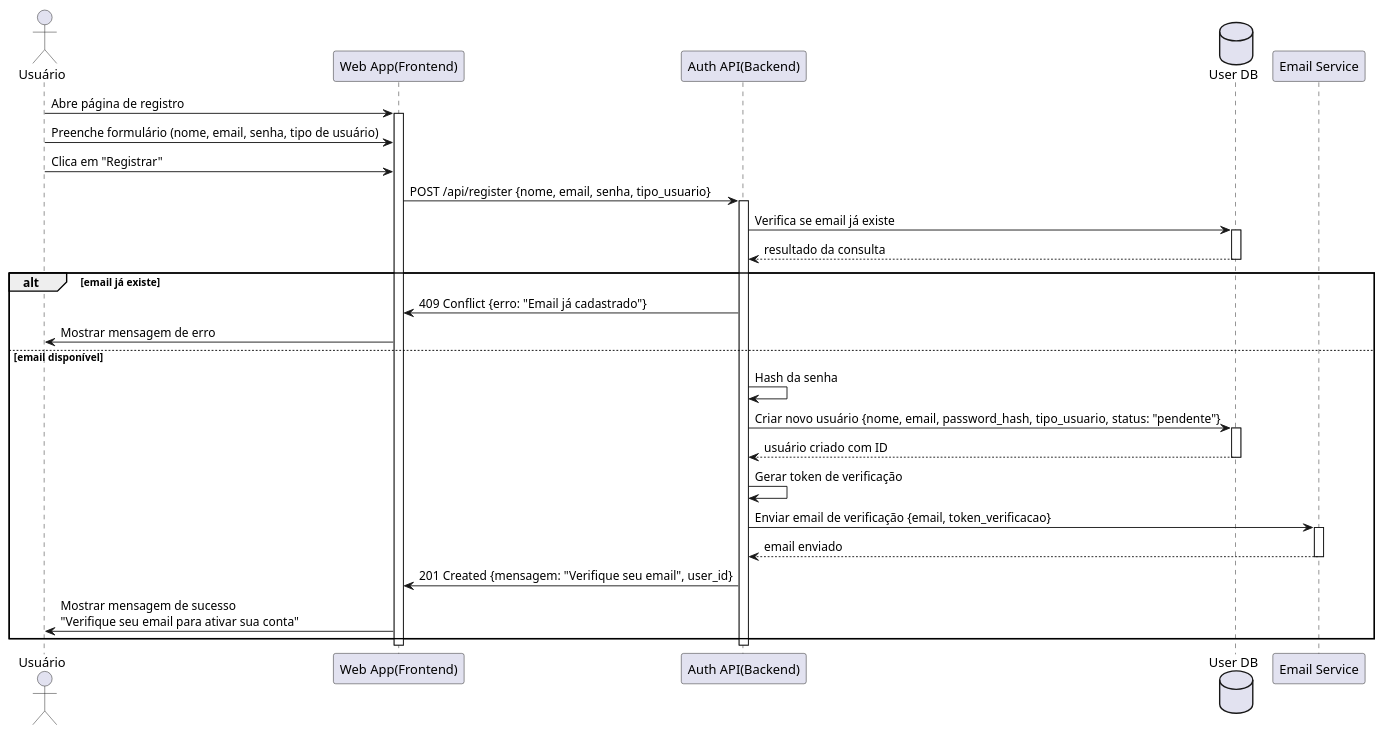
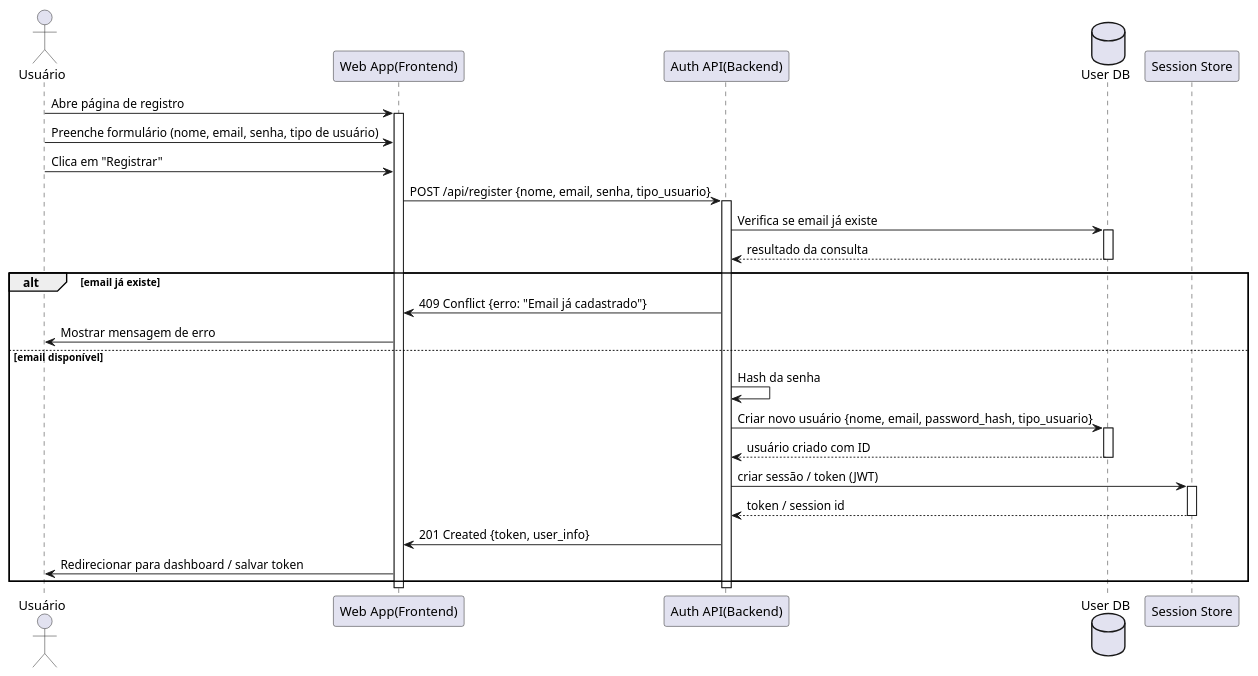
The diagram in docs/technical_docs/architecture/sequenceDiagram/0003-register-SequenceDiagram/0003-register-SequenceDiagram.plantuml (Ramalho7/mesomindsDocs), drawn with PlantUML before and after one commit. The commit also changed other lines of this file and 2 other files, not shown here.

Commit message:
Fix Sequence Diagram Register md/uml and Add Sequence Diagram Register to SRC

```diff
--- a/docs/technical_docs/architecture/sequenceDiagram/0003-register-SequenceDiagram/0003-register-SequenceDiagram.plantuml
+++ b/docs/technical_docs/architecture/sequenceDiagram/0003-register-SequenceDiagram/0003-register-SequenceDiagram.plantuml
@@ -1,44 +5,43 @@
-@startuml 
+@startuml
 actor "Usuário" as User
 participant "Web App(Frontend)" as Web
 participant "Auth API(Backend)" as Auth
 database "User DB" as DB
-participant "Email Service" as Email
+participant "Session Store" as Session
 
 User -> Web: Abre página de registro
 activate Web
 
 User -> Web: Preenche formulário (nome, email, senha, tipo de usuário)
 User -> Web: Clica em "Registrar"
 
 Web -> Auth: POST /api/register {nome, email, senha, tipo_usuario}
 activate Auth
 
 Auth -> DB: Verifica se email já existe
 activate DB
 DB --> Auth: resultado da consulta
 deactivate DB
 
 alt email já existe
     Auth -> Web: 409 Conflict {erro: "Email já cadastrado"}
     Web -> User: Mostrar mensagem de erro
 else email disponível
     Auth -> Auth: Hash da senha
-    Auth -> DB: Criar novo usuário {nome, email, password_hash, tipo_usuario, status: "pendente"}
+    Auth -> DB: Criar novo usuário {nome, email, password_hash, tipo_usuario}
     activate DB
     DB --> Auth: usuário criado com ID
     deactivate DB
     
-    Auth -> Auth: Gerar token de verificação
-    Auth -> Email: Enviar email de verificação {email, token_verificacao}
-    activate Email
-    Email --> Auth: email enviado
-    deactivate Email
+    Auth -> Session: criar sessão / token (JWT)
+    activate Session
+    Session --> Auth: token / session id
+    deactivate Session
     
-    Auth -> Web: 201 Created {mensagem: "Verifique seu email", user_id}
-    Web -> User: Mostrar mensagem de sucesso\n"Verifique seu email para ativar sua conta"
+    Auth -> Web: 201 Created {token, user_info}
+    Web -> User: Redirecionar para dashboard / salvar token
 end
 
 deactivate Auth
 deactivate Web
 @enduml
```
